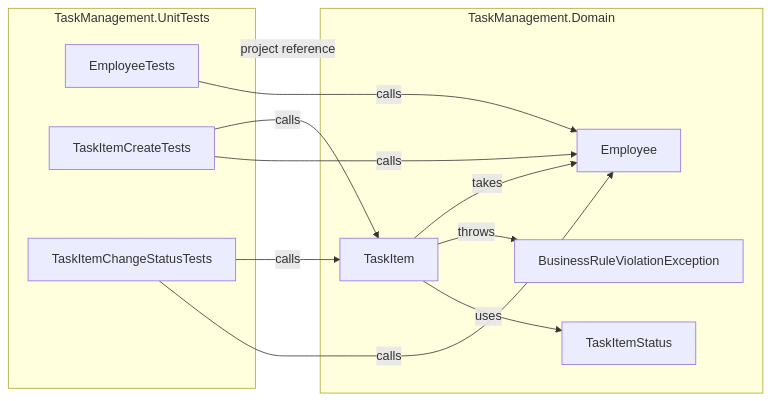
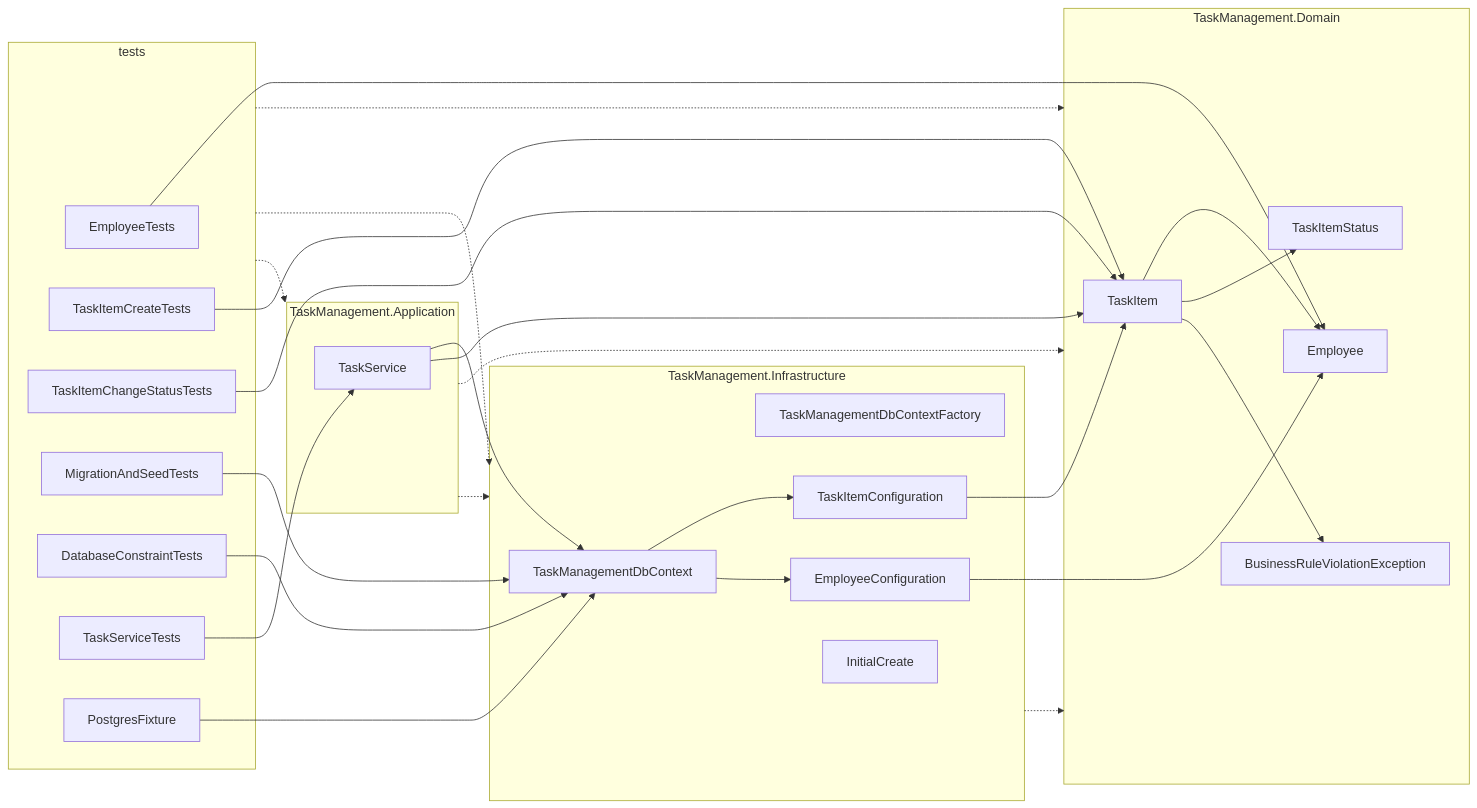
Before and after one commit to TiredRebel/BES: the diagram in .wiki/codemap.md, drawn with Mermaid. The commit also changed other lines of this file and 25 other files, not shown here.

First line of the commit message:
feat(persistence): EF Core schema, migration, seed, application service and integration tests

````diff
--- a/.wiki/codemap.md
+++ b/.wiki/codemap.md
@@ -63,23 +87,50 @@
 ```mermaid
 flowchart LR
   subgraph Domain["TaskManagement.Domain"]
-    Employee["Employee"]
-    TaskItem["TaskItem"]
-    TaskItemStatus["TaskItemStatus"]
-    BusinessRuleViolationException["BusinessRuleViolationException"]
+    Employee
+    TaskItem
+    TaskItemStatus
+    BusinessRuleViolationException
   end
-  subgraph UnitTests["TaskManagement.UnitTests"]
-    EmployeeTests["EmployeeTests"]
-    TaskItemCreateTests["TaskItemCreateTests"]
-    TaskItemChangeStatusTests["TaskItemChangeStatusTests"]
+  subgraph Infrastructure["TaskManagement.Infrastructure"]
+    TaskManagementDbContext
+    TaskManagementDbContextFactory
+    EmployeeConfiguration
+    TaskItemConfiguration
+    InitialCreate
   end
-  EmployeeTests -->|calls| Employee
-  TaskItemCreateTests -->|calls| Employee
-  TaskItemCreateTests -->|calls| TaskItem
-  TaskItemChangeStatusTests -->|calls| Employee
-  TaskItemChangeStatusTests -->|calls| TaskItem
-  TaskItem -->|uses| TaskItemStatus
-  TaskItem -->|throws| BusinessRuleViolationException
-  TaskItem -->|takes| Employee
-  UnitTests -.->|project reference| Domain
+  subgraph Application["TaskManagement.Application"]
+    TaskService
+  end
+  subgraph Tests["tests"]
+    EmployeeTests
+    TaskItemCreateTests
+    TaskItemChangeStatusTests
+    MigrationAndSeedTests
+    DatabaseConstraintTests
+    TaskServiceTests
+    PostgresFixture
+  end
+  TaskItem --> Employee
+  TaskItem --> TaskItemStatus
+  TaskItem --> BusinessRuleViolationException
+  TaskItemConfiguration --> TaskItem
+  EmployeeConfiguration --> Employee
+  TaskManagementDbContext --> TaskItemConfiguration
+  TaskManagementDbContext --> EmployeeConfiguration
+  TaskService --> TaskManagementDbContext
+  TaskService --> TaskItem
+  TaskServiceTests --> TaskService
+  TaskItemChangeStatusTests --> TaskItem
+  DatabaseConstraintTests --> TaskManagementDbContext
+  EmployeeTests --> Employee
+  TaskItemCreateTests --> TaskItem
+  MigrationAndSeedTests --> TaskManagementDbContext
+  PostgresFixture --> TaskManagementDbContext
+  Application -.-> Domain
+  Application -.-> Infrastructure
+  Infrastructure -.-> Domain
+  Tests -.-> Domain
+  Tests -.-> Infrastructure
+  Tests -.-> Application
 ```
````
